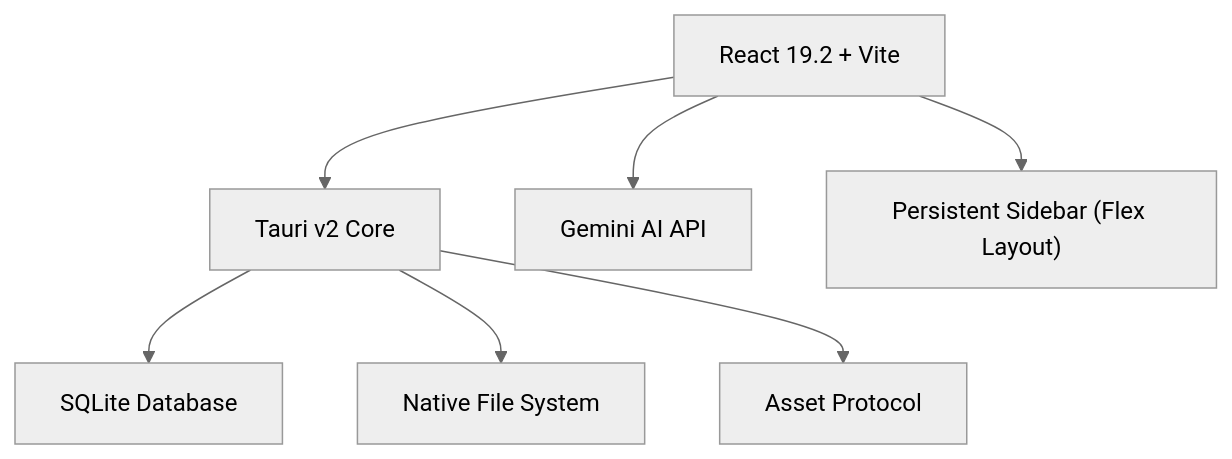
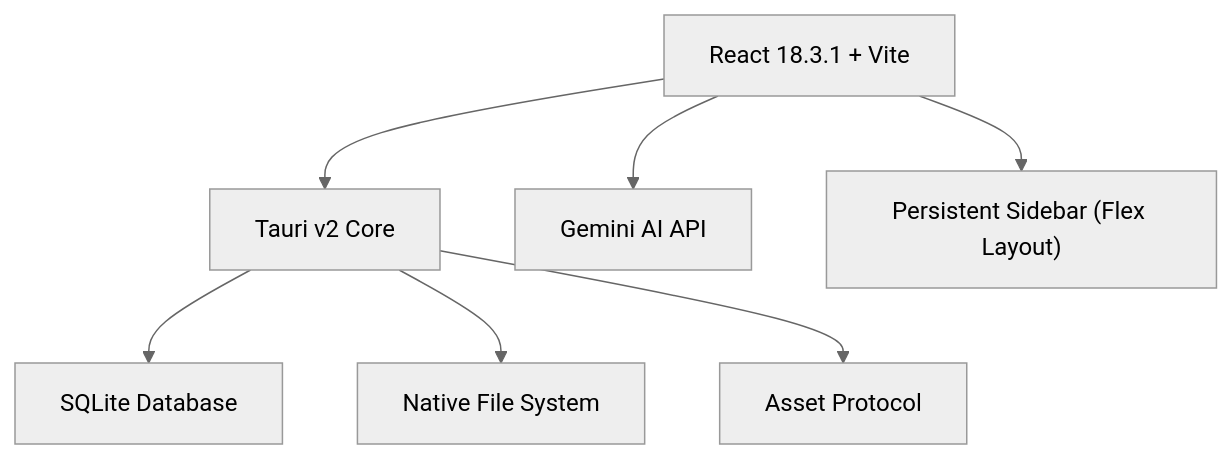
Before and after one commit to groovybronx/portf84: the first of 2 diagrams in docs/architecture/ARCHITECTURE.md, drawn with Mermaid (neutral theme). The commit also changed other lines of this file and 6 other files, not shown here.

````diff
--- a/docs/architecture/ARCHITECTURE.md
+++ b/docs/architecture/ARCHITECTURE.md
@@ -9,9 +9,9 @@
 ```mermaid
 graph TD
-    A[React 19.2 + Vite] --> B[Tauri v2 Core]
+    A[React 18.3.1 + Vite] --> B[Tauri v2 Core]
     B --> C[SQLite Database]
     B --> D[Native File System]
     B --> E[Asset Protocol]
     A --> F[Gemini AI API]
     A --> G["Persistent Sidebar (Flex Layout)"]
 ```
````
